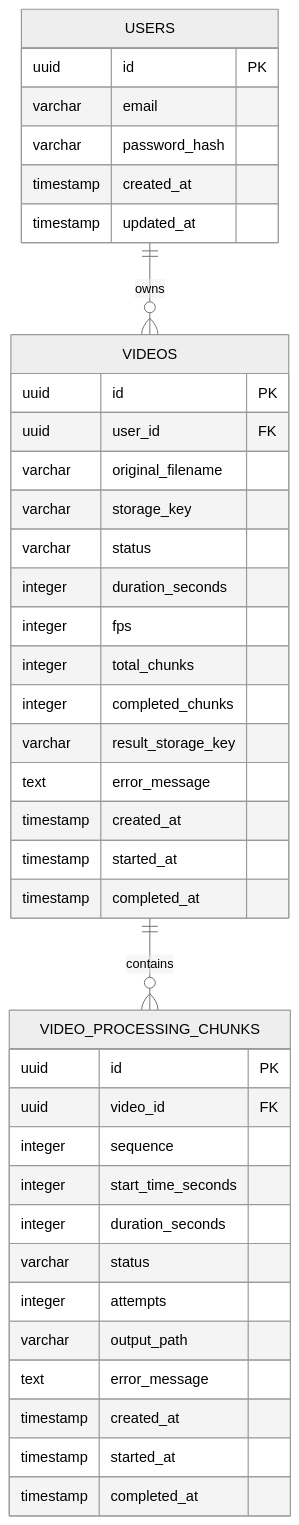
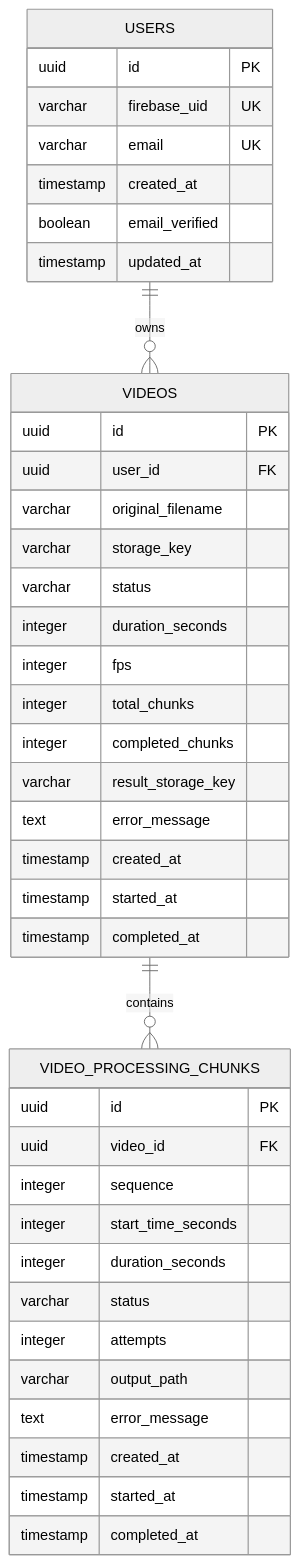
The diagram in docs/architecture/data-model.md (cesargomesjr/video-processing-platform), drawn with Mermaid (neutral theme) before and after one commit. The commit also changed other lines of this file and 15 other files, not shown here.

Commit message:
docs(identity): define Firebase access architecture

````diff
--- a/docs/architecture/data-model.md
+++ b/docs/architecture/data-model.md
@@ -5,45 +5,46 @@
 ```mermaid
 erDiagram
     USERS ||--o{ VIDEOS : owns
     VIDEOS ||--o{ VIDEO_PROCESSING_CHUNKS : contains
 
     USERS {
         uuid id PK
-        varchar email
-        varchar password_hash
+        varchar firebase_uid UK
+        varchar email UK
         timestamp created_at
+        boolean email_verified
         timestamp updated_at
     }
 
     VIDEOS {
         uuid id PK
         uuid user_id FK
         varchar original_filename
         varchar storage_key
         varchar status
         integer duration_seconds
         integer fps
         integer total_chunks
         integer completed_chunks
         varchar result_storage_key
         text error_message
         timestamp created_at
         timestamp started_at
         timestamp completed_at
     }
 
     VIDEO_PROCESSING_CHUNKS {
         uuid id PK
         uuid video_id FK
         integer sequence
         integer start_time_seconds
         integer duration_seconds
         varchar status
         integer attempts
         varchar output_path
         text error_message
         timestamp created_at
         timestamp started_at
         timestamp completed_at
     }
 ```
````
